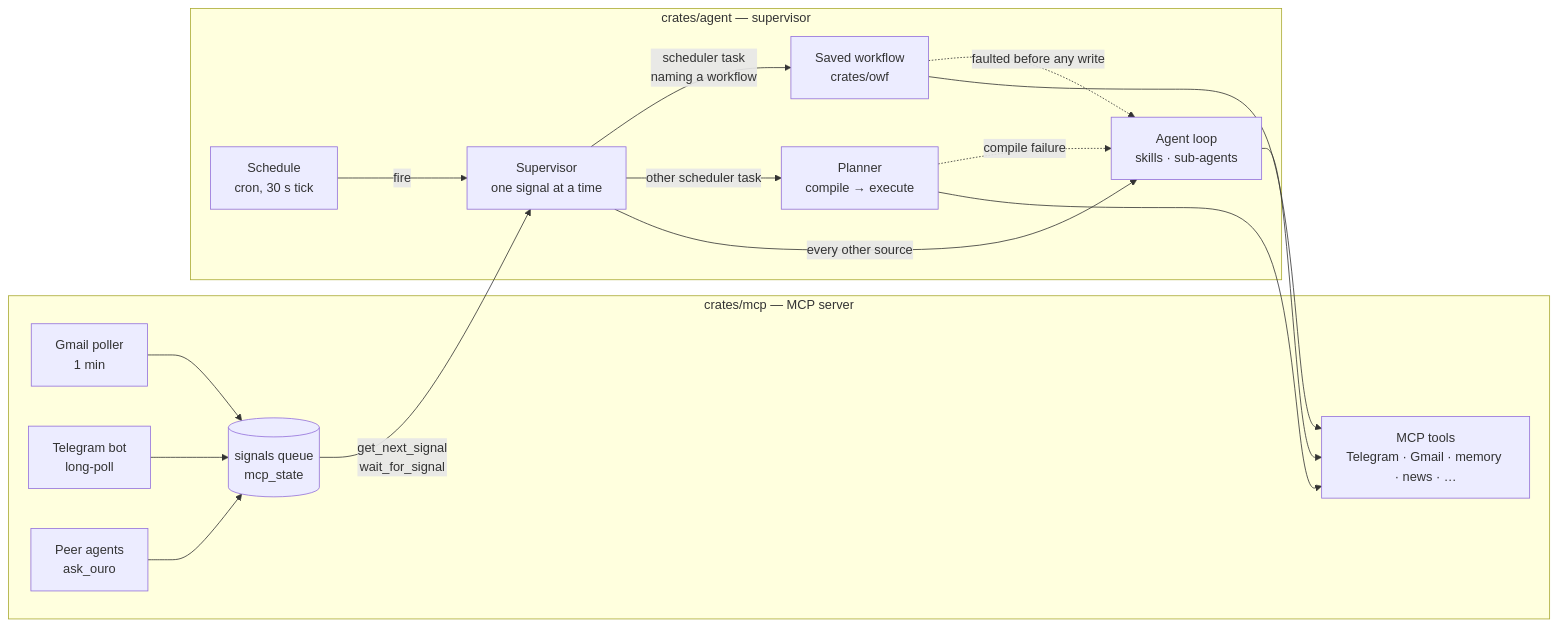
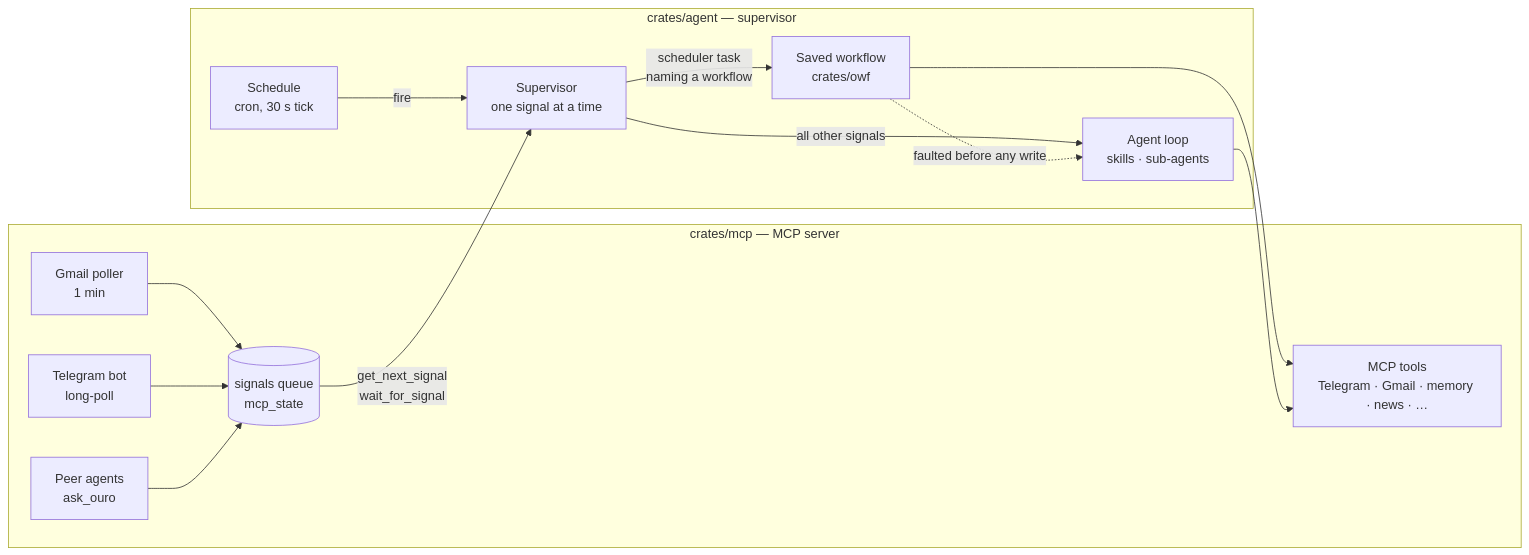
One commit to Ch4mpl00/ouro-agent changed the first of 2 diagrams in docs/architecture.md. Above: the diagram before and after it, drawn with Mermaid. The commit also changed other lines of this file and 37 other files, not shown here.

Commit message:
chore(agent): remove the dynamic workflow planner

````diff
--- a/docs/architecture.md
+++ b/docs/architecture.md
@@ -16,24 +16,21 @@
 ```mermaid
 flowchart LR
     subgraph mcp ["crates/mcp — MCP server"]
         G[Gmail poller<br/>1 min] --> Q
         T[Telegram bot<br/>long-poll] --> Q
         P[Peer agents<br/>ask_ouro] --> Q
         Q[(signals queue<br/>mcp_state)]
         TOOLS[MCP tools<br/>Telegram · Gmail · memory · news · …]
     end
 
     subgraph agent ["crates/agent — supervisor"]
         C[Schedule<br/>cron, 30 s tick] -->|fire| S
         Q -->|get_next_signal<br/>wait_for_signal| S[Supervisor<br/>one signal at a time]
         S -->|scheduler task<br/>naming a workflow| W[Saved workflow<br/>crates/owf]
-        S -->|other scheduler task| PL[Planner<br/>compile → execute]
-        S -->|every other source| L[Agent loop<br/>skills · sub-agents]
+        S -->|all other signals| L[Agent loop<br/>skills · sub-agents]
         W -.->|faulted before any write| L
-        PL -.->|compile failure| L
     end
 
     W --> TOOLS
-    PL --> TOOLS
     L --> TOOLS
 ```
````
